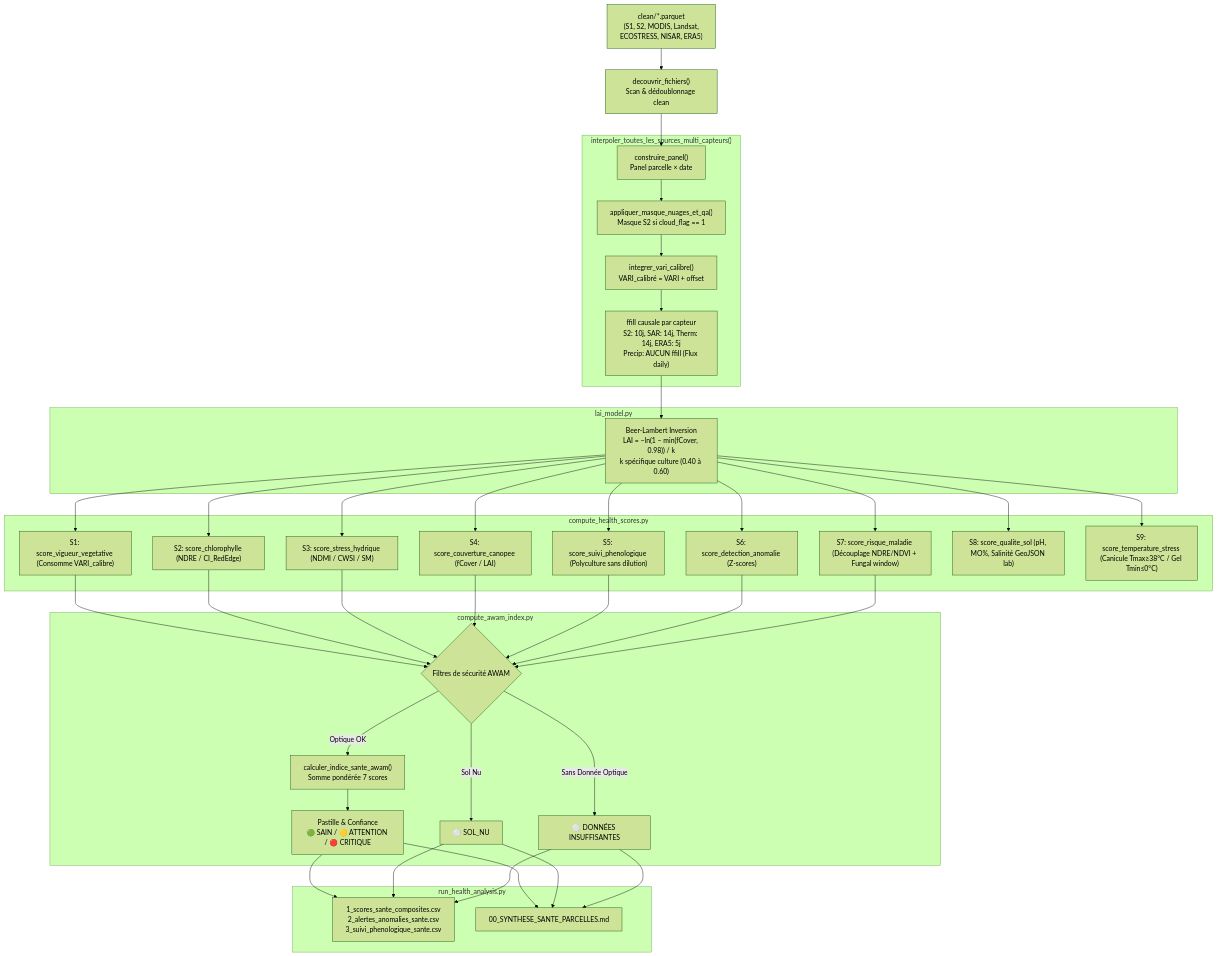
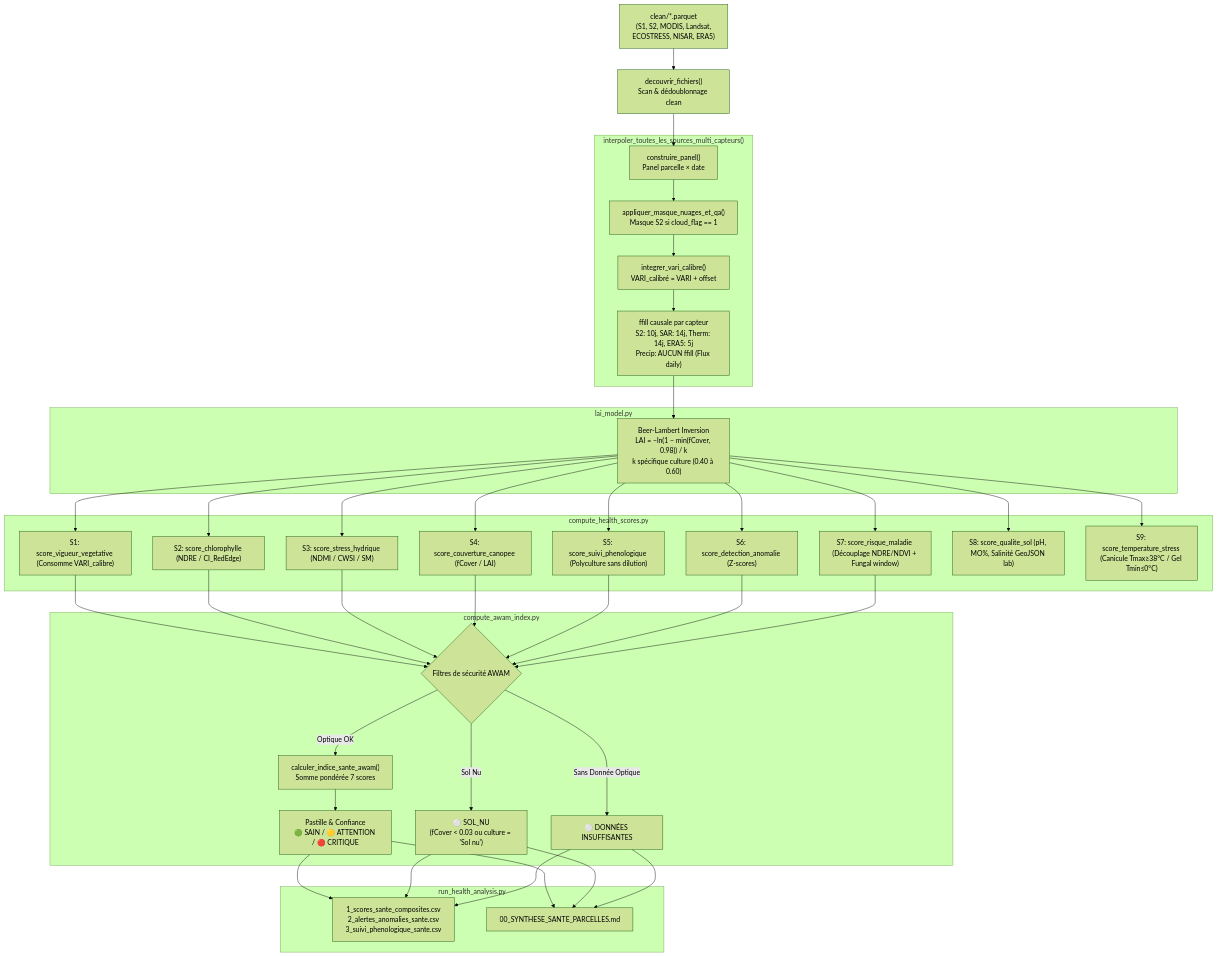
The diagram in SANTE_PLANTES/documentation_sante.md (projetawam/awam_geoengine), drawn with Mermaid (forest theme) before and after one commit. The commit also changed other lines of this file and 9 other files, not shown here.

````diff
--- a/SANTE_PLANTES/documentation_sante.md
+++ b/SANTE_PLANTES/documentation_sante.md
@@ -50,40 +50,40 @@
 ```mermaid
 flowchart TD
     RAW["clean/*.parquet<br/>(S1, S2, MODIS, Landsat,<br/>ECOSTRESS, NISAR, ERA5)"] --> DISCOVER["decouvrir_fichiers()<br/>Scan & dédoublonnage clean"]
     DISCOVER --> PANEL["construire_panel()<br/>Panel parcelle × date"]
     
     subgraph INTERP ["interpoler_toutes_les_sources_multi_capteurs()"]
         PANEL --> QA["appliquer_masque_nuages_et_qa()<br/>Masque S2 si cloud_flag == 1"]
         QA --> VARI_CAL["integrer_vari_calibre()<br/>VARI_calibré = VARI + offset"]
         VARI_CAL --> FFILL["ffill causale par capteur<br/>S2: 10j, SAR: 14j, Therm: 14j, ERA5: 5j<br/>Precip: AUCUN ffill (Flux daily)"]
     end
 
     subgraph LAI_MOD ["lai_model.py"]
         FFILL --> BEER["Beer-Lambert Inversion<br/>LAI = −ln(1 − min(fCover, 0.98)) / k<br/>k spécifique culture (0.40 à 0.60)"]
     end
 
     subgraph SCORES ["compute_health_scores.py"]
         BEER --> S1["S1: score_vigueur_vegetative (Consomme VARI_calibre)"]
         BEER --> S2["S2: score_chlorophylle (NDRE / CI_RedEdge)"]
         BEER --> S3["S3: score_stress_hydrique (NDMI / CWSI / SM)"]
         BEER --> S4["S4: score_couverture_canopee (fCover / LAI)"]
         BEER --> S5["S5: score_suivi_phenologique (Polyculture sans dilution)"]
         BEER --> S6["S6: score_detection_anomalie (Z-scores)"]
         BEER --> S7["S7: score_risque_maladie (Découplage NDRE/NDVI + Fungal window)"]
         BEER --> S8["S8: score_qualite_sol (pH, MO%, Salinité GeoJSON lab)"]
         BEER --> S9["S9: score_temperature_stress (Canicule Tmax≥38°C / Gel Tmin≤0°C)"]
     end
 
     subgraph AWAM ["compute_awam_index.py"]
         S1 & S2 & S3 & S4 & S5 & S6 & S7 --> GATE{"Filtres de sécurité AWAM"}
-        GATE -->|Sol Nu| SN["⚪ SOL_NU"]
+        GATE -->|Sol Nu| SN["⚪ SOL_NU\n(fCover < 0.03 ou culture = 'Sol nu') "]
         GATE -->|Sans Donnée Optique| NI["⚪ DONNÉES INSUFFISANTES"]
         GATE -->|Optique OK| AWAM_CALC["calculer_indice_sante_awam()<br/>Somme pondérée 7 scores"]
         AWAM_CALC --> PASTILLE["Pastille & Confiance<br/>🟢 SAIN / 🟡 ATTENTION / 🔴 CRITIQUE"]
     end
 
     subgraph RUN ["run_health_analysis.py"]
         PASTILLE & SN & NI --> OUT_CSV["1_scores_sante_composites.csv<br/>2_alertes_anomalies_sante.csv<br/>3_suivi_phenologique_sante.csv"]
         PASTILLE & SN & NI --> OUT_MD["00_SYNTHESE_SANTE_PARCELLES.md"]
     end
 ```
````
